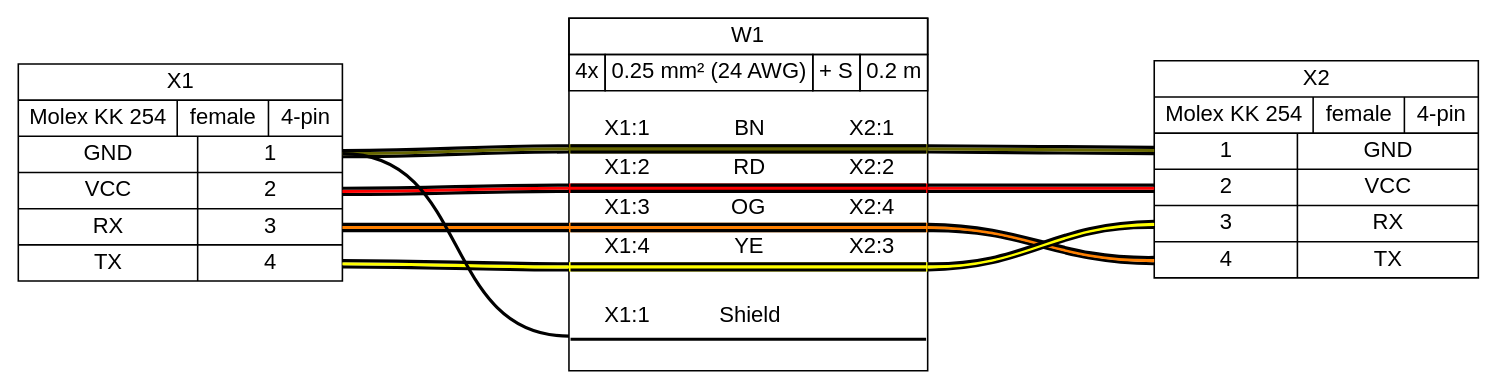
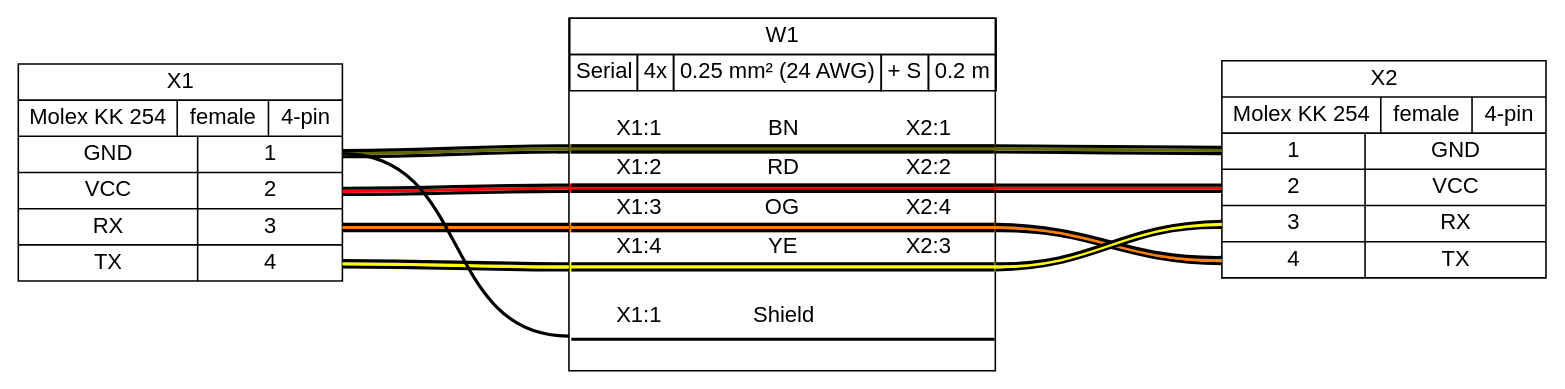
The diagram in examples/ex01.gv (wireviz/WireViz), drawn with Graphviz before and after one commit. The commit also changed 14 other files, not shown here.

```diff
--- a/examples/ex01.gv
+++ b/examples/ex01.gv
@@ -1,24 +1,24 @@
 graph {
 // Graph generated by WireViz
 // https://github.com/formatc1702/WireViz
 	graph [bgcolor=white fontname=arial nodesep=0.33 rankdir=LR ranksep=2]
 	node [fillcolor=white fontname=arial shape=record style=filled]
 	edge [fontname=arial style=bold]
 	X1 [label="X1|{Molex KK 254|female|4-pin}|{{GND|VCC|RX|TX}|{<p1r>1|<p2r>2|<p3r>3|<p4r>4}}"]
 	X2 [label="X2|{Molex KK 254|female|4-pin}|{{<p1l>1|<p2l>2|<p3l>3|<p4l>4}|{GND|VCC|RX|TX}}"]
 	edge [color="#000000:#666600:#000000"]
 	X1:p1r:e -- W1:w1:w
 	W1:w1:e -- X2:p1l:w
 	edge [color="#000000:#ff0000:#000000"]
 	X1:p2r:e -- W1:w2:w
 	W1:w2:e -- X2:p2l:w
 	edge [color="#000000:#ff8000:#000000"]
 	X1:p3r:e -- W1:w3:w
 	W1:w3:e -- X2:p4l:w
 	edge [color="#000000:#ffff00:#000000"]
 	X1:p4r:e -- W1:w4:w
 	W1:w4:e -- X2:p3l:w
 	edge [color="#000000"]
 	X1:p1r:e -- W1:ws:w
-	W1 [label=<<table border="0" cellspacing="0" cellpadding="0"><tr><td><table border="0" cellspacing="0" cellpadding="3" cellborder="1"><tr><td colspan="4">W1</td></tr><tr><td>4x</td><td>0.25 mm² (24 AWG)</td><td>+ S</td><td>0.2 m</td></tr></table></td></tr><tr><td>&nbsp;</td></tr><tr><td><table border="0" cellspacing="0" cellborder="0"><tr><td>X1:1</td><td>BN</td><td>X2:1</td></tr><tr><td colspan="3" cellpadding="0" height="6" bgcolor="#666600" border="2" sides="tb" port="w1"></td></tr><tr><td>X1:2</td><td>RD</td><td>X2:2</td></tr><tr><td colspan="3" cellpadding="0" height="6" bgcolor="#ff0000" border="2" sides="tb" port="w2"></td></tr><tr><td>X1:3</td><td>OG</td><td>X2:4</td></tr><tr><td colspan="3" cellpadding="0" height="6" bgcolor="#ff8000" border="2" sides="tb" port="w3"></td></tr><tr><td>X1:4</td><td>YE</td><td>X2:3</td></tr><tr><td colspan="3" cellpadding="0" height="6" bgcolor="#ffff00" border="2" sides="tb" port="w4"></td></tr><tr><td>&nbsp;</td></tr><tr><td>X1:1</td><td>Shield</td><td><!-- s_out --></td></tr><tr><td colspan="3" cellpadding="0" height="6" border="2" sides="b" port="ws"></td></tr><tr><td>&nbsp;</td></tr></table></td></tr></table>> fillcolor=white margin=0 shape=box style=""]
+	W1 [label=<<table border="0" cellspacing="0" cellpadding="0"><tr><td><table border="0" cellspacing="0" cellpadding="3" cellborder="1"><tr><td colspan="5">W1</td></tr><tr><td>Serial</td><td>4x</td><td>0.25 mm² (24 AWG)</td><td>+ S</td><td>0.2 m</td></tr></table></td></tr><tr><td>&nbsp;</td></tr><tr><td><table border="0" cellspacing="0" cellborder="0"><tr><td>X1:1</td><td>BN</td><td>X2:1</td></tr><tr><td colspan="3" cellpadding="0" height="6" bgcolor="#666600" border="2" sides="tb" port="w1"></td></tr><tr><td>X1:2</td><td>RD</td><td>X2:2</td></tr><tr><td colspan="3" cellpadding="0" height="6" bgcolor="#ff0000" border="2" sides="tb" port="w2"></td></tr><tr><td>X1:3</td><td>OG</td><td>X2:4</td></tr><tr><td colspan="3" cellpadding="0" height="6" bgcolor="#ff8000" border="2" sides="tb" port="w3"></td></tr><tr><td>X1:4</td><td>YE</td><td>X2:3</td></tr><tr><td colspan="3" cellpadding="0" height="6" bgcolor="#ffff00" border="2" sides="tb" port="w4"></td></tr><tr><td>&nbsp;</td></tr><tr><td>X1:1</td><td>Shield</td><td><!-- s_out --></td></tr><tr><td colspan="3" cellpadding="0" height="6" border="2" sides="b" port="ws"></td></tr><tr><td>&nbsp;</td></tr></table></td></tr></table>> fillcolor=white margin=0 shape=box style=""]
 }
```
